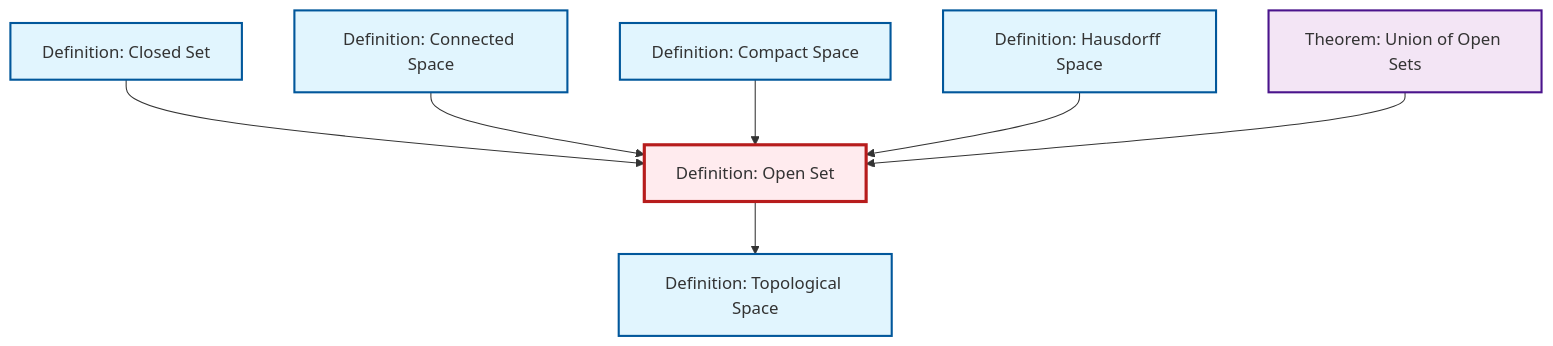
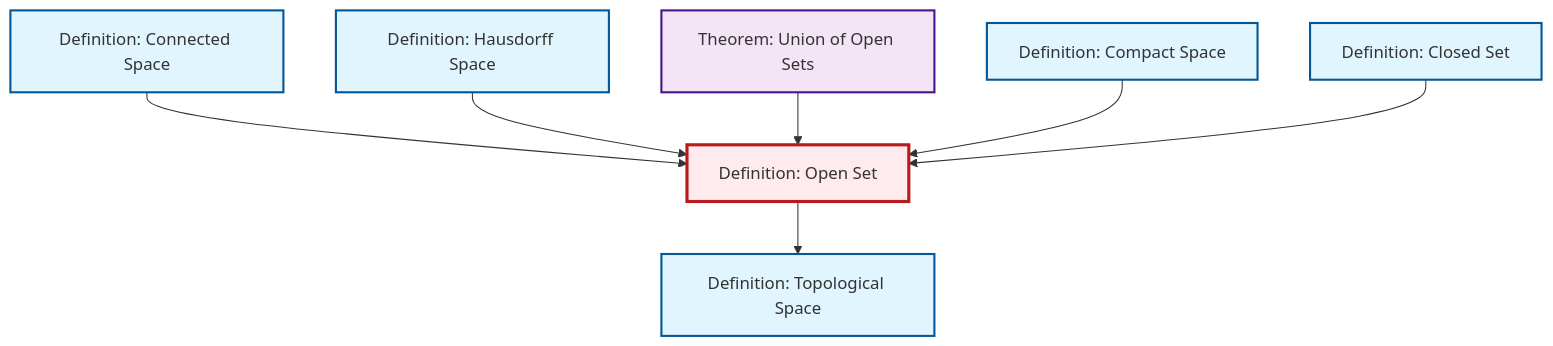
Before and after one commit to RK0429/ModernMath: the diagram in content/en/topology/def-open-set.qmd, drawn with Mermaid. The commit also changed 511 other files, not shown here.

````diff
--- a/content/en/topology/def-open-set.qmd
+++ b/content/en/topology/def-open-set.qmd
@@ -53,30 +53,23 @@
 ```{mermaid}
 %%| fig-cap: "Local dependency graph"
 graph TD
     classDef definition fill:#e1f5fe,stroke:#01579b,stroke-width:2px
     classDef theorem fill:#f3e5f5,stroke:#4a148c,stroke-width:2px
     classDef axiom fill:#fff3e0,stroke:#e65100,stroke-width:2px
     classDef example fill:#e8f5e9,stroke:#1b5e20,stroke-width:2px
     classDef current fill:#ffebee,stroke:#b71c1c,stroke-width:3px
     def-topological-space["Definition: Topological Space"]:::definition
-    def-closed-set["Definition: Closed Set"]:::definition
-    def-open-set["Definition: Open Set"]:::definition
-    def-hausdorff["Definition: Hausdorff Space"]:::definition
-    thm-union-open-sets["Theorem: Union of Open Sets"]:::theorem
     def-connected["Definition: Connected Space"]:::definition
     def-compact["Definition: Compact Space"]:::definition
-    def-closed-set --> def-open-set
+    def-open-set["Definition: Open Set"]:::definition
+    thm-union-open-sets["Theorem: Union of Open Sets"]:::theorem
+    def-hausdorff["Definition: Hausdorff Space"]:::definition
+    def-closed-set["Definition: Closed Set"]:::definition
     def-connected --> def-open-set
-    def-open-set --> def-topological-space
-    def-compact --> def-open-set
     def-hausdorff --> def-open-set
     thm-union-open-sets --> def-open-set
+    def-compact --> def-open-set
+    def-open-set --> def-topological-space
+    def-closed-set --> def-open-set
     class def-open-set current
-
-    click def-topological-space "def-topological-space.html" "Go to Topological Space definition"
-    click def-closed-set "def-closed-set.html" "Go to Closed Set definition"
-    click def-hausdorff "def-hausdorff.html" "Go to Hausdorff Space definition"
-    click thm-union-open-sets "thm-union-open-sets.html" "Go to Union of Open Sets theorem"
-    click def-connected "def-connected.html" "Go to Connected Space definition"
-    click def-compact "def-compact.html" "Go to Compact Space definition"
 ```
````
